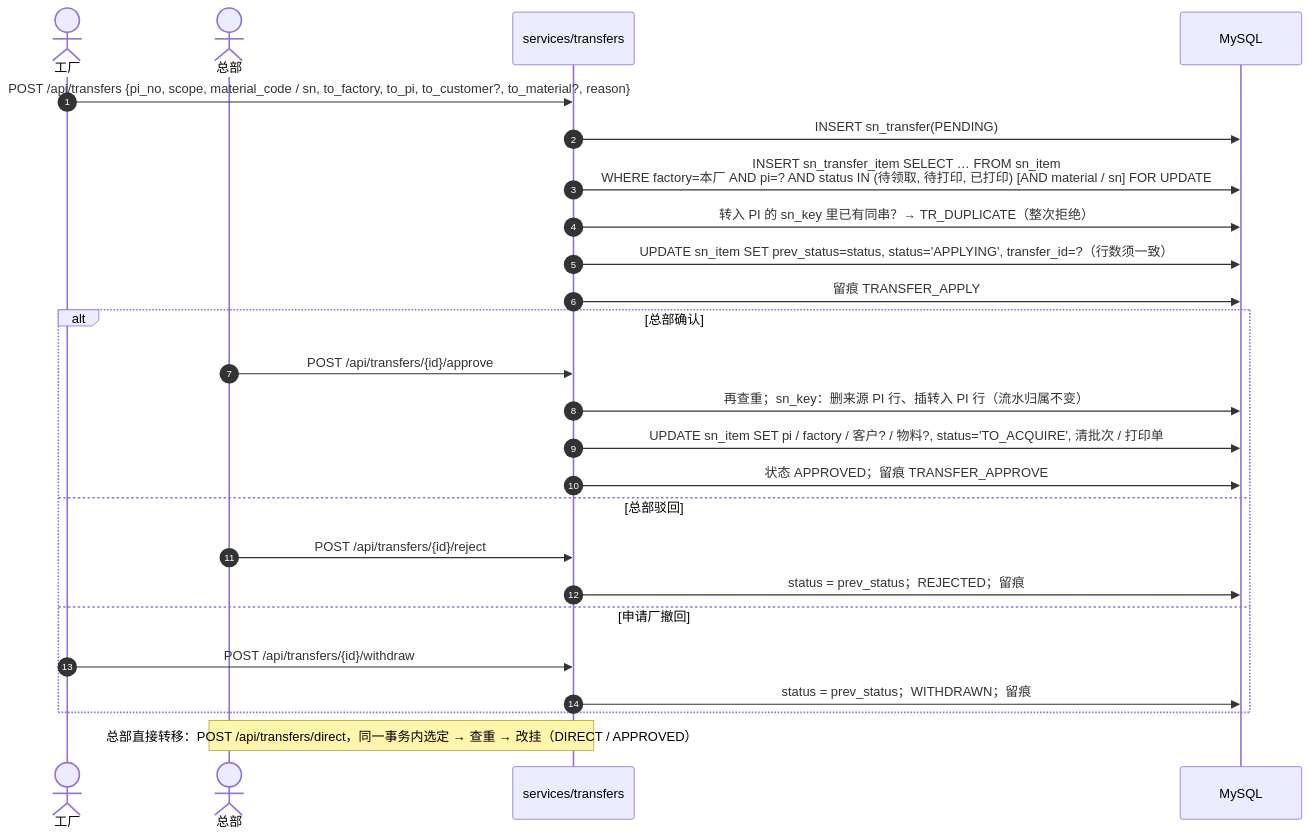
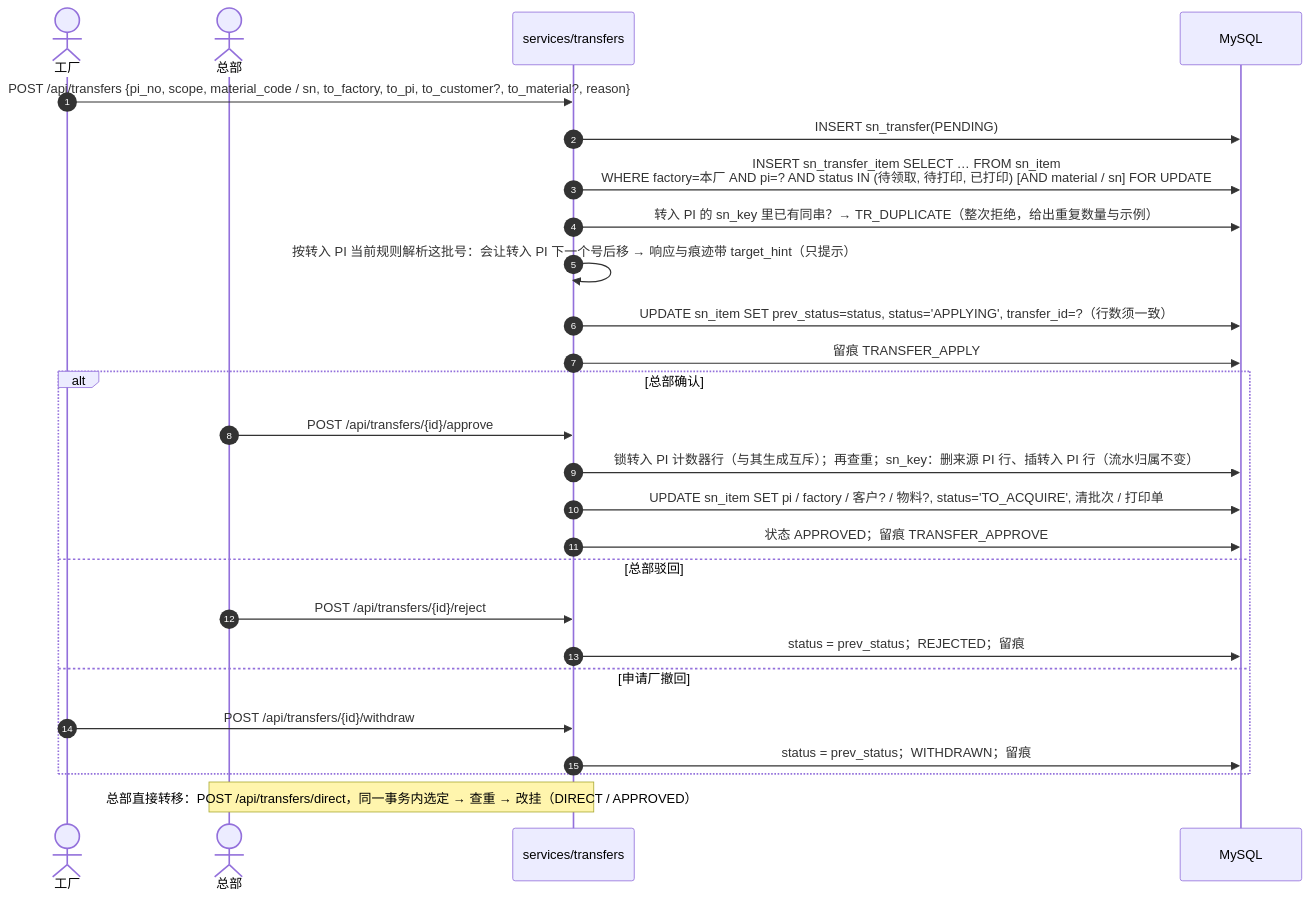
One commit to Createsnow/sn-center changed the tenth of 12 diagrams in docs/技术文档.md. Above: the diagram before and after it, drawn with Mermaid. The commit also changed other lines of this file and 21 other files, not shown here.

````diff
--- a/docs/技术文档.md
+++ b/docs/技术文档.md
@@ -331,27 +332,28 @@
 ```mermaid
 sequenceDiagram
     autonumber
     actor F as 工厂
     actor H as 总部
     participant T as services/transfers
     participant DB as MySQL
     F->>T: POST /api/transfers {pi_no, scope, material_code / sn, to_factory, to_pi, to_customer?, to_material?, reason}
     T->>DB: INSERT sn_transfer(PENDING)
     T->>DB: INSERT sn_transfer_item SELECT … FROM sn_item<br/>WHERE factory=本厂 AND pi=? AND status IN (待领取, 待打印, 已打印) [AND material / sn] FOR UPDATE
-    T->>DB: 转入 PI 的 sn_key 里已有同串？→ TR_DUPLICATE（整次拒绝）
+    T->>DB: 转入 PI 的 sn_key 里已有同串？→ TR_DUPLICATE（整次拒绝，给出重复数量与示例）
+    T->>T: 按转入 PI 当前规则解析这批号：会让转入 PI 下一个号后移 → 响应与痕迹带 target_hint（只提示）
     T->>DB: UPDATE sn_item SET prev_status=status, status='APPLYING', transfer_id=?（行数须一致）
     T->>DB: 留痕 TRANSFER_APPLY
     alt 总部确认
         H->>T: POST /api/transfers/{id}/approve
-        T->>DB: 再查重；sn_key：删来源 PI 行、插转入 PI 行（流水归属不变）
+        T->>DB: 锁转入 PI 计数器行（与其生成互斥）；再查重；sn_key：删来源 PI 行、插转入 PI 行（流水归属不变）
         T->>DB: UPDATE sn_item SET pi / factory / 客户? / 物料?, status='TO_ACQUIRE', 清批次 / 打印单
         T->>DB: 状态 APPROVED；留痕 TRANSFER_APPROVE
     else 总部驳回
         H->>T: POST /api/transfers/{id}/reject
         T->>DB: status = prev_status；REJECTED；留痕
     else 申请厂撤回
         F->>T: POST /api/transfers/{id}/withdraw
         T->>DB: status = prev_status；WITHDRAWN；留痕
     end
     Note over H,T: 总部直接转移：POST /api/transfers/direct，同一事务内选定 → 查重 → 改挂（DIRECT / APPROVED）
 ```
````
